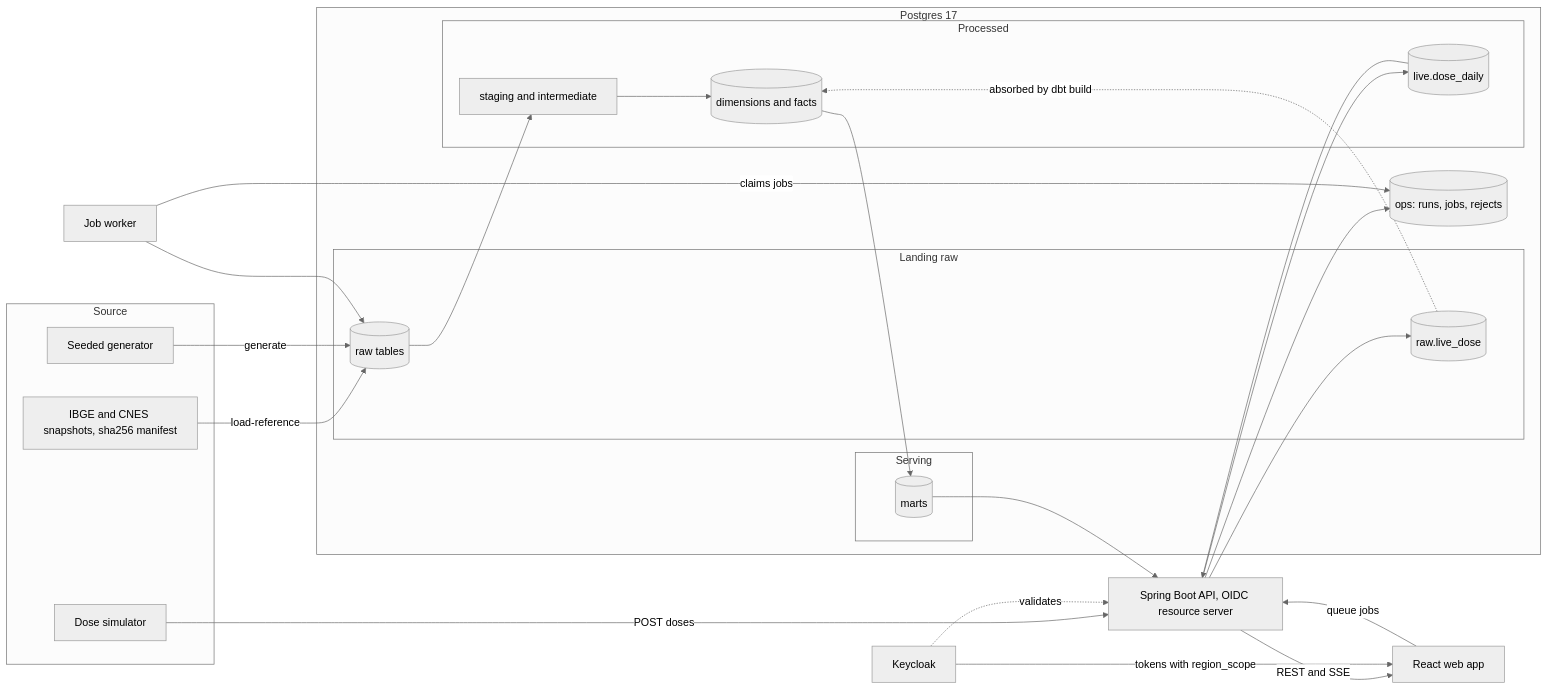
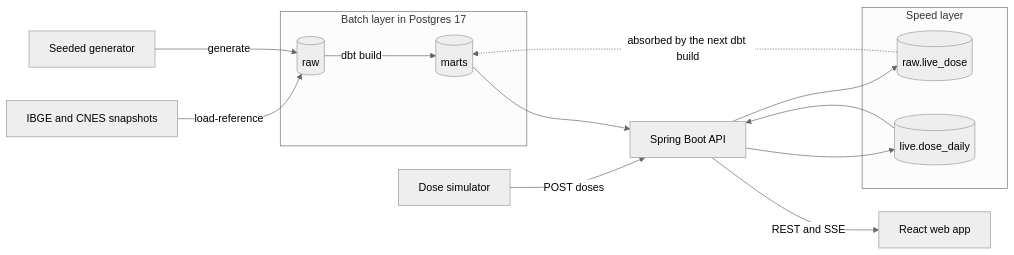
Before and after one commit to emanuel-luis/vaccine-backend: the first of 2 diagrams in README.md, drawn with Mermaid (neutral theme). The commit also changed other lines of this file and 1 other file, not shown here.

````diff
--- a/README.md
+++ b/README.md
@@ -25,43 +29,19 @@
 ```mermaid
 flowchart LR
-  subgraph source[Source]
-    PUB[IBGE and CNES snapshots, sha256 manifest]
-    GEN[Seeded generator]
-    SIM[Dose simulator]
+  PUB[IBGE and CNES snapshots] -->|load-reference| RAW
+  GEN[Seeded generator] -->|generate| RAW
+  subgraph batch[Batch layer in Postgres 17]
+    RAW[(raw)] -->|dbt build| MARTS[(marts)]
   end
-  subgraph pg[Postgres 17]
-    subgraph landing[Landing raw]
-      RAW[(raw tables)]
-      LIVE[(raw.live_dose)]
-    end
-    subgraph processed[Processed]
-      STG[staging and intermediate]
-      FACTS[(dimensions and facts)]
-      AGG[(live.dose_daily)]
-    end
-    subgraph serving[Serving]
-      MARTS[(marts)]
-    end
-    OPS[(ops: runs, jobs, rejects)]
+  SIM[Dose simulator] -->|POST doses| API[Spring Boot API]
+  subgraph speed[Speed layer]
+    LIVE[(raw.live_dose)]
+    AGG[(live.dose_daily)]
   end
-  API[Spring Boot API, OIDC resource server]
-  KC[Keycloak]
-  WEB[React web app]
-  WORKER[Job worker]
-  PUB -->|load-reference| RAW
-  GEN -->|generate| RAW
-  SIM -->|POST doses| API
   API --> LIVE
   API --> AGG
-  RAW --> STG --> FACTS --> MARTS
-  LIVE -.absorbed by dbt build.-> FACTS
+  LIVE -.absorbed by the next dbt build.-> MARTS
   MARTS --> API
   AGG --> API
-  API -->|REST and SSE| WEB
-  KC -->|tokens with region_scope| WEB
-  KC -.validates.-> API
-  WEB -->|queue jobs| API
-  API --> OPS
-  WORKER -->|claims jobs| OPS
-  WORKER --> RAW
+  API -->|REST and SSE| WEB[React web app]
 ```
````
